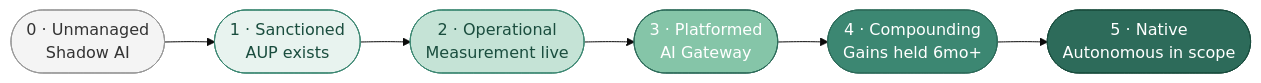
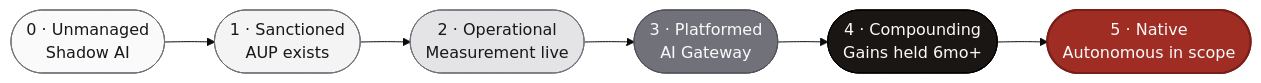
One commit to pochadri/ai-coding changed the diagram in 08-team-and-adoption/maturity-model.md. Above: the diagram before and after it, drawn with Mermaid (base theme). The commit also changed 5 other files, not shown here.

````diff
--- a/08-team-and-adoption/maturity-model.md
+++ b/08-team-and-adoption/maturity-model.md
@@ -30,17 +30,17 @@
 ```mermaid
 flowchart LR
     L0([0 · Unmanaged<br/>Shadow AI]):::level0
     L1([1 · Sanctioned<br/>AUP exists]):::level1
     L2([2 · Operational<br/>Measurement live]):::level2
     L3([3 · Platformed<br/>AI Gateway]):::level3
     L4([4 · Compounding<br/>Gains held 6mo+]):::level4
     L5([5 · Native<br/>Autonomous in scope]):::level5
     L0 --> L1 --> L2 --> L3 --> L4 --> L5
 
-    classDef level0 fill:#f4f4f4,stroke:#999,color:#333
-    classDef level1 fill:#e8f3ef,stroke:#3c8772,color:#1a4d3e
-    classDef level2 fill:#c5e3d6,stroke:#3c8772,color:#1a4d3e
-    classDef level3 fill:#85c5a8,stroke:#2d6b5a,color:#fff
-    classDef level4 fill:#3c8772,stroke:#2d6b5a,color:#fff
-    classDef level5 fill:#2d6b5a,stroke:#1a4d3e,color:#fff
+    classDef level0 fill:#FAFAFA,stroke:#71717A,color:#18181B
+    classDef level1 fill:#F4F4F5,stroke:#71717A,color:#18181B
+    classDef level2 fill:#E4E4E7,stroke:#71717A,color:#18181B
+    classDef level3 fill:#71717A,stroke:#52525B,color:#FAFAFA
+    classDef level4 fill:#1A1614,stroke:#000000,color:#FAFAFA
+    classDef level5 fill:#9F2D24,stroke:#7A1F18,color:#FAFAFA,stroke-width:2px
 ```
````
